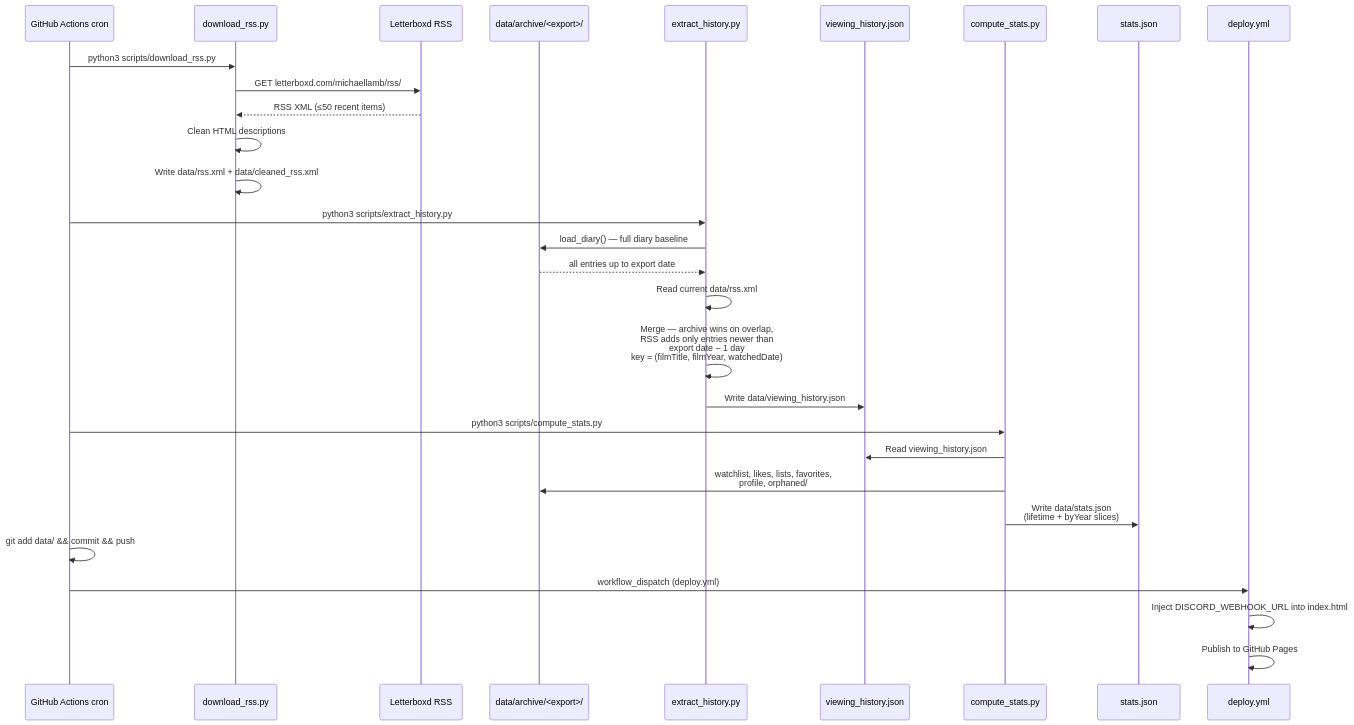
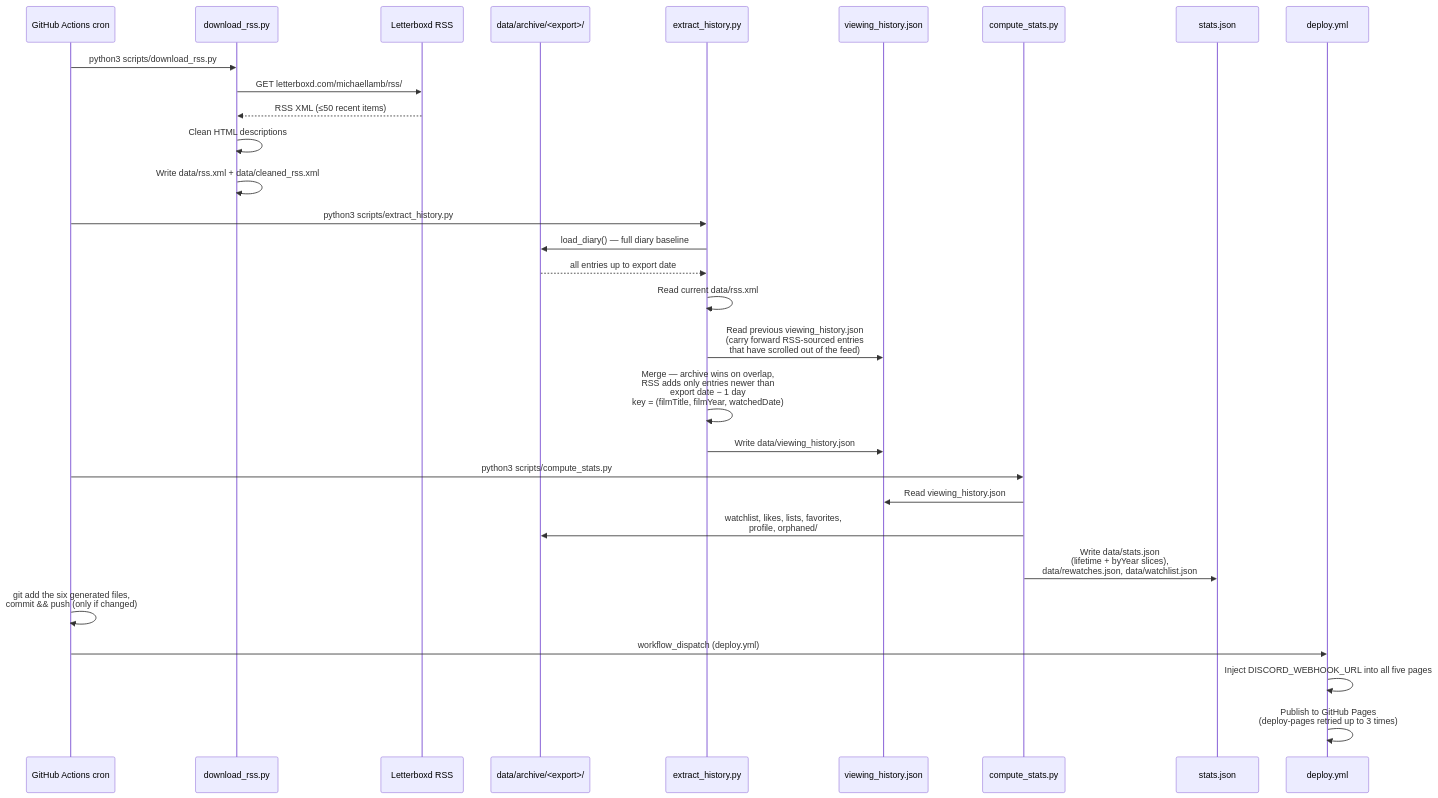
Before and after one commit to michaellambgelo/letterboxd-viewer: the fifth of 5 diagrams in sequence-diagram.md, drawn with Mermaid. The commit also changed other lines of this file and 3 other files, not shown here.

First line of the commit message:
Docs: bring README, CLAUDE.md, sequence diagrams and SETUP up to date

````diff
--- a/sequence-diagram.md
+++ b/sequence-diagram.md
@@ -162,35 +188,36 @@
 ```mermaid
 sequenceDiagram
     participant Cron as GitHub Actions cron
     participant Download as download_rss.py
     participant Letterboxd as Letterboxd RSS
     participant Archive as data/archive/<export>/
     participant Extract as extract_history.py
     participant History as viewing_history.json
     participant Compute as compute_stats.py
     participant Stats as stats.json
     participant Deploy as deploy.yml
 
     Cron->>Download: python3 scripts/download_rss.py
     Download->>Letterboxd: GET letterboxd.com/michaellamb/rss/
     Letterboxd-->>Download: RSS XML (≤50 recent items)
     Download->>Download: Clean HTML descriptions
     Download->>Download: Write data/rss.xml + data/cleaned_rss.xml
 
     Cron->>Extract: python3 scripts/extract_history.py
     Extract->>Archive: load_diary() — full diary baseline
     Archive-->>Extract: all entries up to export date
     Extract->>Extract: Read current data/rss.xml
+    Extract->>History: Read previous viewing_history.json<br/>(carry forward RSS-sourced entries<br/>that have scrolled out of the feed)
     Extract->>Extract: Merge — archive wins on overlap,<br/>RSS adds only entries newer than<br/>export date − 1 day<br/>key = (filmTitle, filmYear, watchedDate)
     Extract->>History: Write data/viewing_history.json
 
     Cron->>Compute: python3 scripts/compute_stats.py
     Compute->>History: Read viewing_history.json
     Compute->>Archive: watchlist, likes, lists, favorites,<br/>profile, orphaned/
-    Compute->>Stats: Write data/stats.json<br/>(lifetime + byYear slices)
+    Compute->>Stats: Write data/stats.json<br/>(lifetime + byYear slices),<br/>data/rewatches.json, data/watchlist.json
 
-    Cron->>Cron: git add data/ && commit && push
+    Cron->>Cron: git add the six generated files,<br/>commit && push (only if changed)
     Cron->>Deploy: workflow_dispatch (deploy.yml)
-    Deploy->>Deploy: Inject DISCORD_WEBHOOK_URL into index.html
-    Deploy->>Deploy: Publish to GitHub Pages
+    Deploy->>Deploy: Inject DISCORD_WEBHOOK_URL into all five pages
+    Deploy->>Deploy: Publish to GitHub Pages<br/>(deploy-pages retried up to 3 times)
 ```
````
